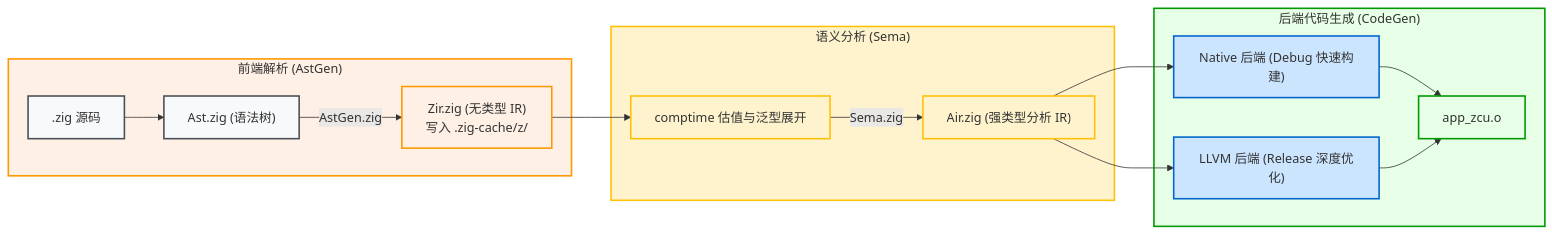
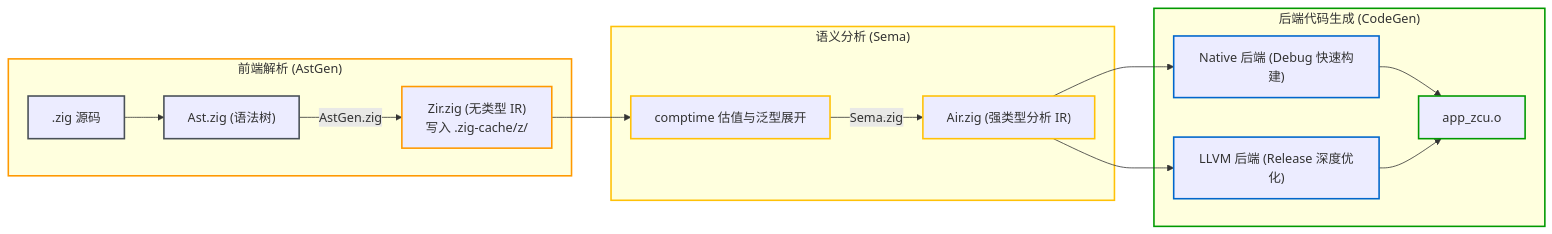
The second of 2 diagrams in zig-build/src/internals/zcu-internals.md (jiacai2050/x), drawn with Mermaid before and after one commit. The commit also changed other lines of this file and 65 other files, not shown here.

````diff
--- a/zig-build/src/internals/zcu-internals.md
+++ b/zig-build/src/internals/zcu-internals.md
@@ -72,32 +72,32 @@
 ```mermaid
 graph LR
     subgraph S_Front ["前端解析 (AstGen)"]
         Src[".zig 源码"] --> AST["Ast.zig (语法树)"]
         AST -- "AstGen.zig" --> ZIR["Zir.zig (无类型 IR)<br/>写入 .zig-cache/z/"]
     end
 
     subgraph S_Sema ["语义分析 (Sema)"]
         ZIR --> Comptime["comptime 估值与泛型展开"]
         Comptime -- "Sema.zig" --> AIR["Air.zig (强类型分析 IR)"]
     end
 
     subgraph S_Back ["后端代码生成 (CodeGen)"]
         AIR --> BE_Native["Native 后端 (Debug 快速构建)"]
         AIR --> BE_LLVM["LLVM 后端 (Release 深度优化)"]
         BE_Native --> Obj["app_zcu.o"]
         BE_LLVM --> Obj
     end
 
-    classDef default fill:#f8f9fa,stroke:#495057;
-    style S_Front fill:#fff0e6,stroke:#ff9900,stroke-width:2px;
-    style S_Sema fill:#fff3cd,stroke:#ffc107,stroke-width:2px;
-    style S_Back fill:#e6ffe6,stroke:#009900,stroke-width:2px;
-    style Src fill:#f8f9fa,stroke:#495057,stroke-width:2px;
-    style AST fill:#f8f9fa,stroke:#495057,stroke-width:2px;
-    style ZIR fill:#fff0e6,stroke:#ff9900,stroke-width:2px;
-    style Comptime fill:#fff3cd,stroke:#ffc107,stroke-width:2px;
-    style AIR fill:#fff3cd,stroke:#ffc107,stroke-width:2px;
-    style BE_Native fill:#cce5ff,stroke:#0066cc,stroke-width:2px;
-    style BE_LLVM fill:#cce5ff,stroke:#0066cc,stroke-width:2px;
-    style Obj fill:#e6ffe6,stroke:#009900,stroke-width:2px;
+    classDef default stroke:#495057;
+    style S_Front stroke:#ff9900,stroke-width:2px;
+    style S_Sema stroke:#ffc107,stroke-width:2px;
+    style S_Back stroke:#009900,stroke-width:2px;
+    style Src stroke:#495057,stroke-width:2px;
+    style AST stroke:#495057,stroke-width:2px;
+    style ZIR stroke:#ff9900,stroke-width:2px;
+    style Comptime stroke:#ffc107,stroke-width:2px;
+    style AIR stroke:#ffc107,stroke-width:2px;
+    style BE_Native stroke:#0066cc,stroke-width:2px;
+    style BE_LLVM stroke:#0066cc,stroke-width:2px;
+    style Obj stroke:#009900,stroke-width:2px;
 ```
````
